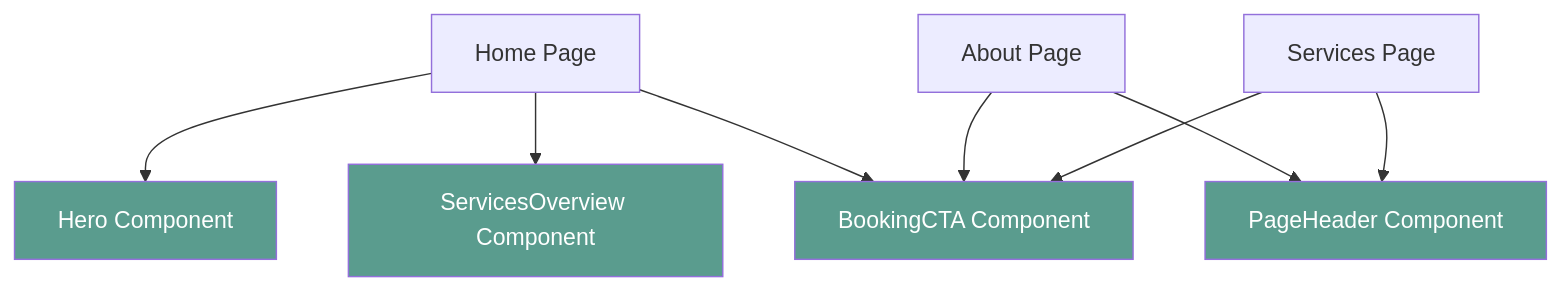
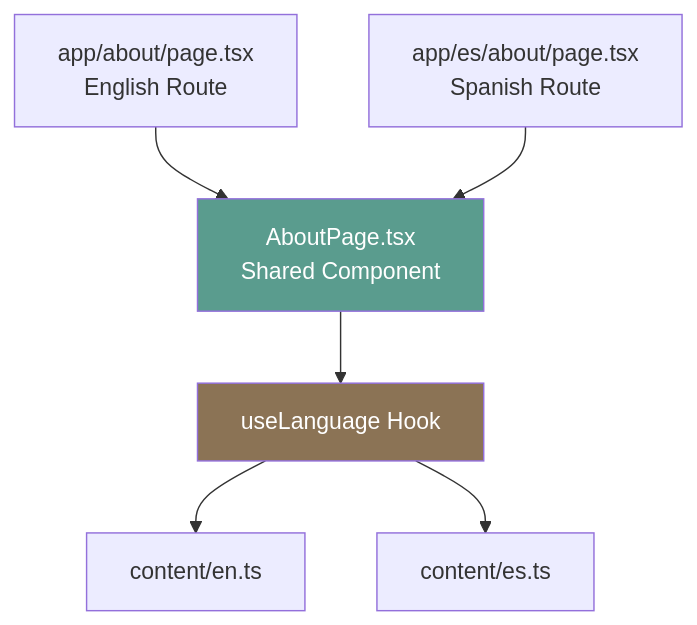
One commit to aadjones/azulita changed diagram 14 of 16 in docs/ARCHITECTURE.md. Above: the diagram before and after it, drawn with Mermaid. The commit also changed other lines of this file and 18 other files, not shown here.

First line of the commit message:
Redesign all pages with new content and shared component architecture

````diff
--- a/docs/ARCHITECTURE.md
+++ b/docs/ARCHITECTURE.md
@@ -628,22 +642,17 @@
 ```mermaid
 graph TB
-    Hero[Hero Component]
-    Services[ServicesOverview Component]
-    CTA[BookingCTA Component]
-    Header[PageHeader Component]
+    Shared[AboutPage.tsx<br/>Shared Component]
 
-    Home[Home Page] --> Hero
-    Home --> Services
-    Home --> CTA
+    EnRoute[app/about/page.tsx<br/>English Route]
+    EsRoute[app/es/about/page.tsx<br/>Spanish Route]
 
-    About[About Page] --> Header
-    About --> CTA
+    EnRoute --> Shared
+    EsRoute --> Shared
 
-    ServicesPage[Services Page] --> Header
-    ServicesPage --> CTA
+    Shared --> Lang[useLanguage Hook]
+    Lang --> EnContent[content/en.ts]
+    Lang --> EsContent[content/es.ts]
 
-    style Hero fill:#5A9C8E,color:#fff
-    style Services fill:#5A9C8E,color:#fff
-    style CTA fill:#5A9C8E,color:#fff
-    style Header fill:#5A9C8E,color:#fff
+    style Shared fill:#5A9C8E,color:#fff
+    style Lang fill:#8B7355,color:#fff
 ```
````
